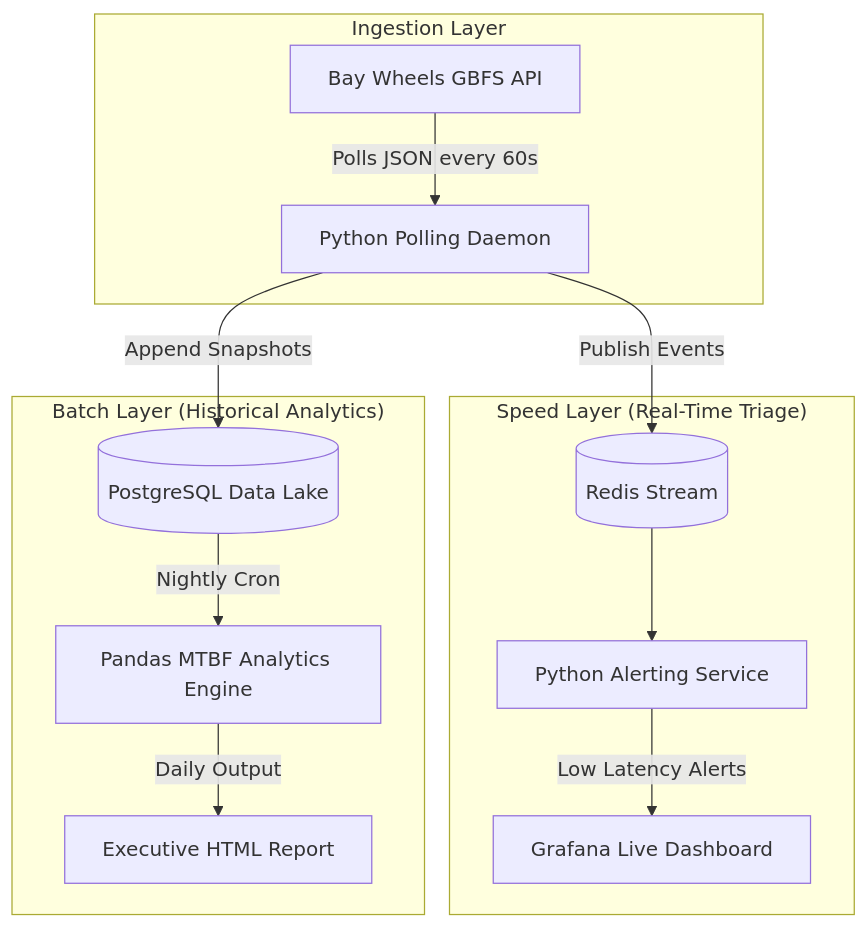
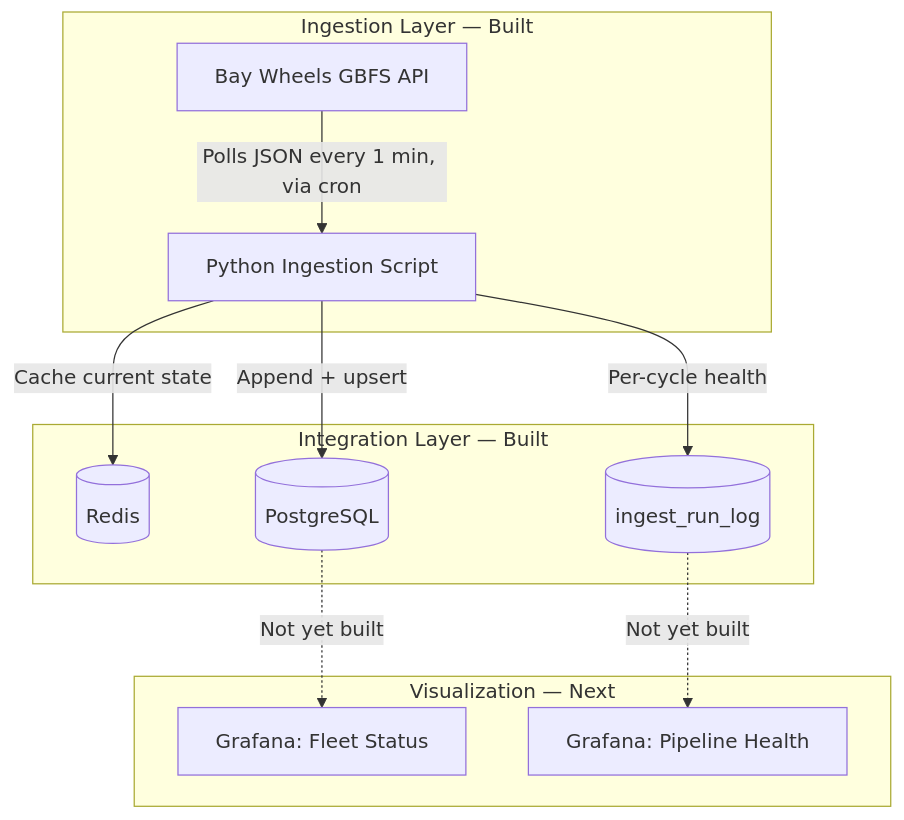
Before and after one commit to Rick-Houser/gbfs-fleet-telemetry: the diagram in README.md, drawn with Mermaid. The commit also changed other lines of this file and 1 other file, not shown here.

````diff
--- a/README.md
+++ b/README.md
@@ -11,18 +31,17 @@
 ```mermaid
 flowchart TD
-    subgraph Ingestion["Ingestion Layer"]
-        A[Bay Wheels GBFS API] -->|Polls JSON every 60s| B[Python Polling Daemon]
+    subgraph Ingestion["Ingestion Layer — Built"]
+        A[Bay Wheels GBFS API] -->|Polls JSON every 1 min, via cron| B[Python Ingestion Script]
     end
 
-    subgraph Streaming["Speed Layer (Real-Time Triage)"]
-        B -->|Publish Events| C[(Redis Stream)]
-        C --> D[Python Alerting Service]
-        D -->|Low Latency Alerts| E[Grafana Live Dashboard]
+    subgraph Integration["Integration Layer — Built"]
+        B -->|Cache current state| C[(Redis)]
+        B -->|Append + upsert| F[(PostgreSQL)]
+        B -->|Per-cycle health| I[(ingest_run_log)]
     end
 
-    subgraph Batch["Batch Layer (Historical Analytics)"]
-        B -->|Append Snapshots| F[(PostgreSQL Data Lake)]
-        F -->|Nightly Cron| G[Pandas MTBF Analytics Engine]
-        G -->|Daily Output| H[Executive HTML Report]
+    subgraph Visualization["Visualization — Next"]
+        F -.->|Not yet built| J[Grafana: Fleet Status]
+        I -.->|Not yet built| K[Grafana: Pipeline Health]
     end
 ```
````
